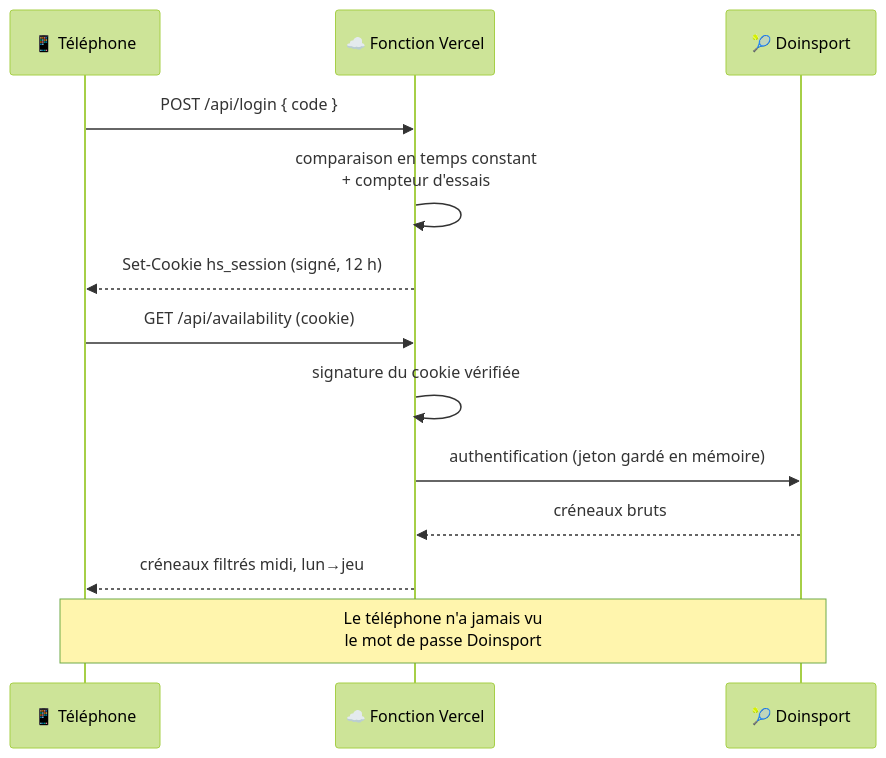
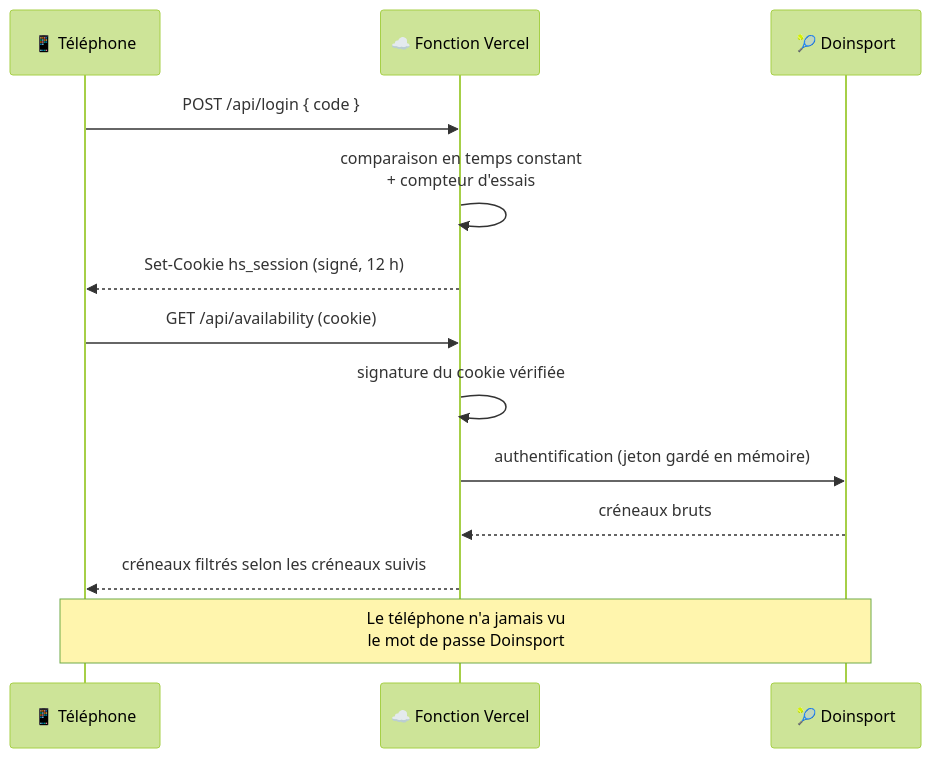
The diagram in docs/exploitation.md (benjaminschaal/homesmash), drawn with Mermaid (forest theme) before and after one commit. The commit also changed other lines of this file and 16 other files, not shown here.

````diff
--- a/docs/exploitation.md
+++ b/docs/exploitation.md
@@ -21,18 +21,18 @@
 ```mermaid
 sequenceDiagram
     participant T as 📱 Téléphone
     participant V as ☁️ Fonction Vercel
     participant D as 🎾 Doinsport
 
     T->>V: POST /api/login { code }
     V->>V: comparaison en temps constant<br/>+ compteur d'essais
     V-->>T: Set-Cookie hs_session (signé, 12 h)
 
     T->>V: GET /api/availability (cookie)
     V->>V: signature du cookie vérifiée
     V->>D: authentification (jeton gardé en mémoire)
     D-->>V: créneaux bruts
-    V-->>T: créneaux filtrés midi, lun→jeu
+    V-->>T: créneaux filtrés selon les créneaux suivis
 
     Note over T,D: Le téléphone n'a jamais vu<br/>le mot de passe Doinsport
 ```
````
